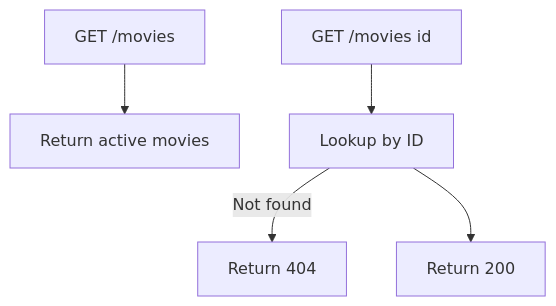
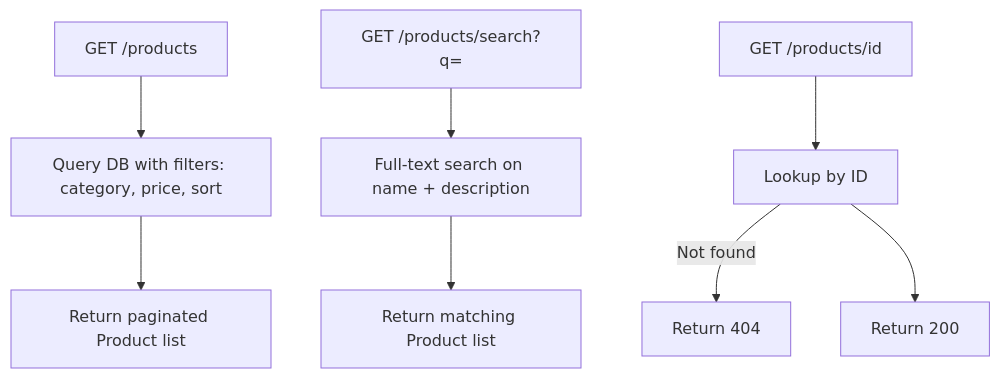
Before and after one commit to quyptit427/microservices-assignment-starter: the second of 7 diagrams in docs/analysis-and-design.md, drawn with Mermaid. The commit also changed other lines of this file, not shown here.

````diff
--- a/docs/analysis-and-design.md
+++ b/docs/analysis-and-design.md
@@ -377,8 +476,12 @@
 ```mermaid
 flowchart TD
-    A[GET /movies] --> B[Return active movies]
+    A[GET /products] --> B[Query DB with filters: category, price, sort]
+    B --> C[Return paginated Product list]
 
-    C[GET /movies id] --> D[Lookup by ID]
-    D -->|Not found| E[Return 404]
-    D --> F[Return 200]
+    D[GET /products/search?q=] --> E[Full-text search on name + description]
+    E --> F[Return matching Product list]
+
+    G[GET /products/id] --> H[Lookup by ID]
+    H -->|Not found| I[Return 404]
+    H --> J[Return 200]
 ```
````
